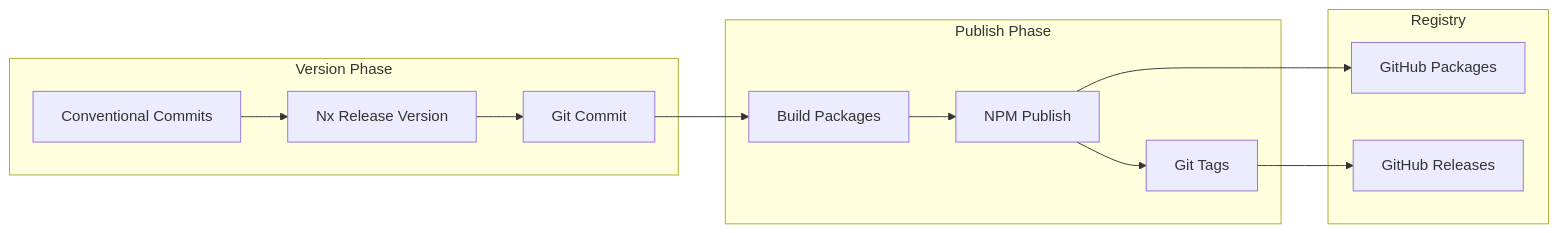
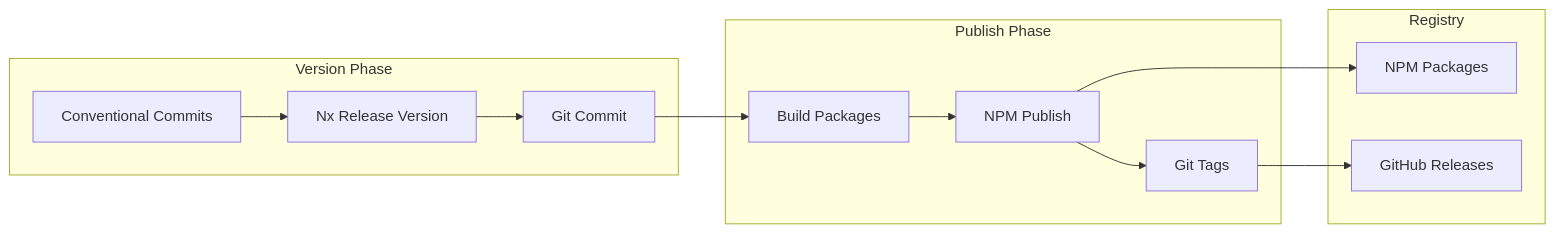
Before and after one commit to Uniswap/ai-toolkit: the third of 4 diagrams in docs/readmes/DEVELOPMENT.md, drawn with Mermaid. The commit also changed other lines of this file and 25 other files, not shown here.

First line of the commit message:
remove all mention of GitHub Packages from repo

````diff
--- a/docs/readmes/DEVELOPMENT.md
+++ b/docs/readmes/DEVELOPMENT.md
@@ -217,18 +217,18 @@
 ```mermaid
 graph LR
     subgraph "Version Phase"
         CONV[Conventional Commits] --> VERSION[Nx Release Version]
         VERSION --> GIT_COMMIT[Git Commit]
     end
 
     subgraph "Publish Phase"
         GIT_COMMIT --> BUILD[Build Packages]
         BUILD --> NPM[NPM Publish]
         NPM --> TAG[Git Tags]
     end
 
     subgraph "Registry"
-        NPM --> GHPKG[GitHub Packages]
+        NPM --> NPMJS[NPM Packages]
         TAG --> GITHUB[GitHub Releases]
     end
 ```
````
